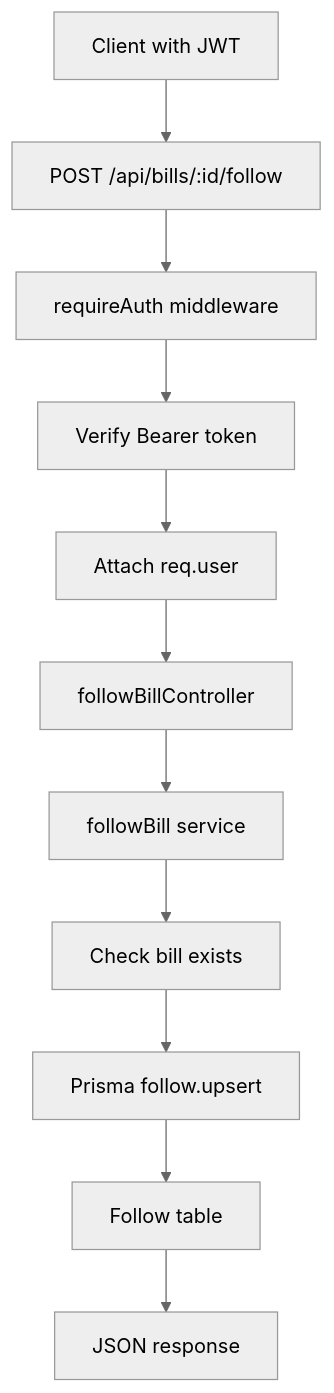
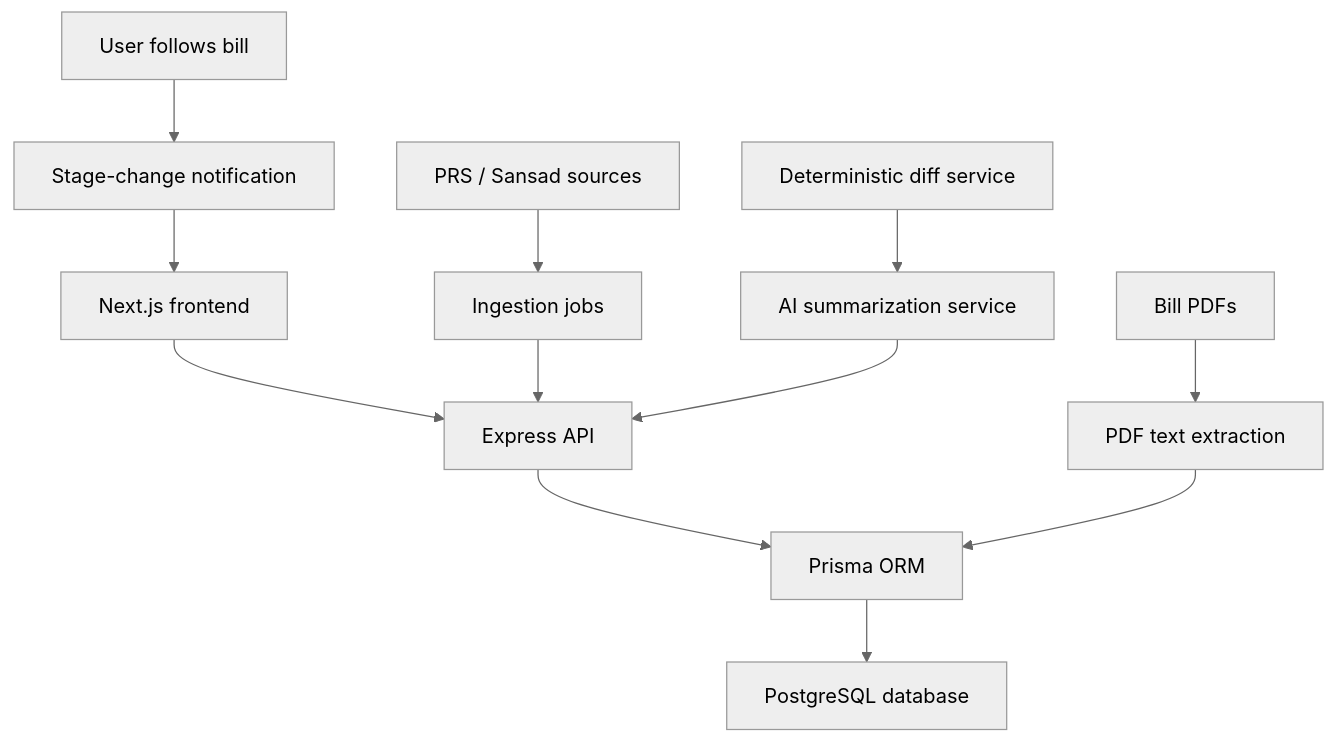
One commit to ayu-sh-30/legislative-bill-tracker changed the diagram in docs/architecture.md. Above: the diagram before and after it, drawn with Mermaid (neutral theme). The commit also changed other lines of this file and 43 other files, not shown here.

````diff
--- a/docs/architecture.md
+++ b/docs/architecture.md
@@ -537,13 +22,18 @@
-```mermaid
+~~~mermaid
 flowchart TD
-    A["Client with JWT"] --> B["POST /api/bills/:id/follow"]
-    B --> C["requireAuth middleware"]
-    C --> D["Verify Bearer token"]
-    D --> E["Attach req.user"]
-    E --> F["followBillController"]
-    F --> G["followBill service"]
-    G --> H["Check bill exists"]
-    H --> I["Prisma follow.upsert"]
-    I --> J["Follow table"]
-    J --> K["JSON response"]
-```
+    A["Next.js frontend"] --> B["Express API"]
+    B --> C["Prisma ORM"]
+    C --> D["PostgreSQL database"]
+
+    E["PRS / Sansad sources"] --> F["Ingestion jobs"]
+    F --> B
+
+    G["Bill PDFs"] --> H["PDF text extraction"]
+    H --> C
+
+    I["Deterministic diff service"] --> J["AI summarization service"]
+    J --> B
+
+    K["User follows bill"] --> L["Stage-change notification"]
+    L --> A
+~~~
````
